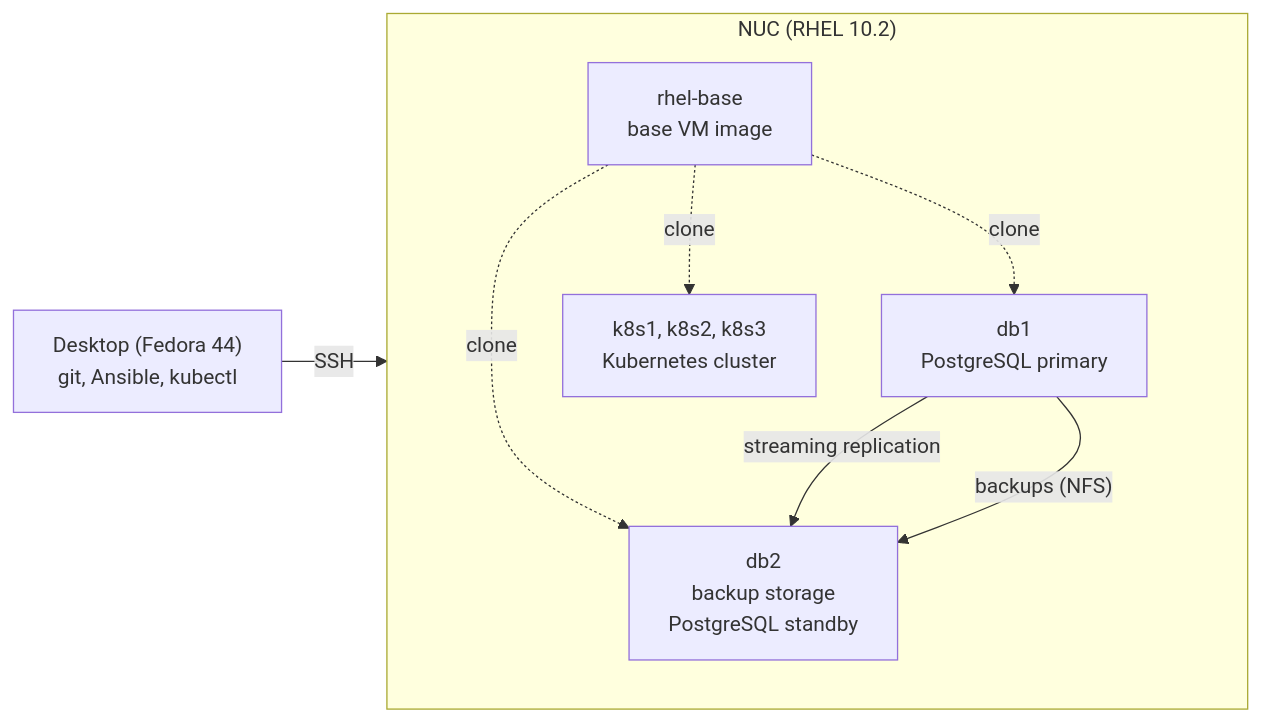
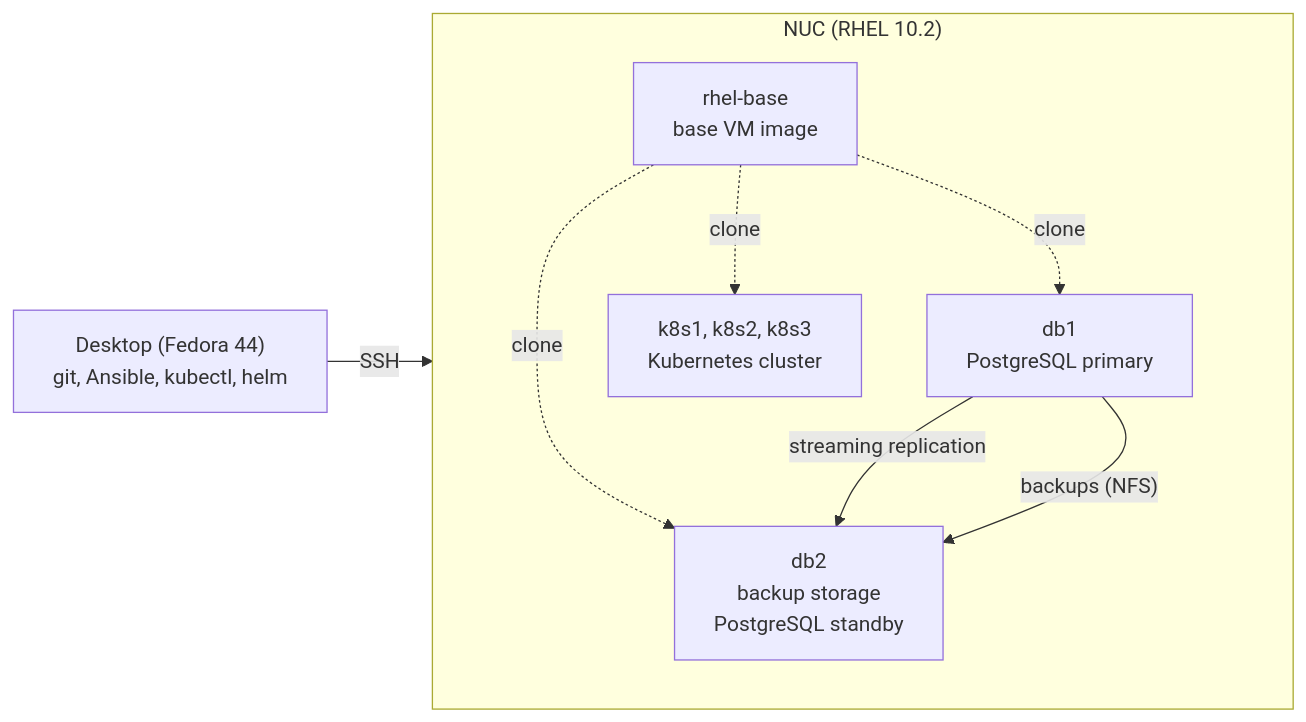
Before and after one commit to marin-orejas/rhel-data-platform: the diagram in README.md, drawn with Mermaid. The commit also changed other lines of this file and 1 other file, not shown here.

Commit message:
docs(roadmap): mark outside traffic done

````diff
--- a/README.md
+++ b/README.md
@@ -22,16 +22,16 @@
 ```mermaid
 flowchart LR
-    desk["Desktop (Fedora 44)<br/>git, Ansible, kubectl"]
+    desk["Desktop (Fedora 44)<br/>git, Ansible, kubectl, helm"]
     subgraph nuc["NUC (RHEL 10.2)"]
         base["rhel-base<br/>base VM image"]
         db1["db1<br/>PostgreSQL primary"]
         db2["db2<br/>backup storage<br/>PostgreSQL standby"]
         k8s["k8s1, k8s2, k8s3<br/>Kubernetes cluster"]
         base -. clone .-> db1
         base -. clone .-> db2
         base -. clone .-> k8s
         db1 -- "streaming replication" --> db2
         db1 -- "backups (NFS)" --> db2
     end
     desk -- SSH --> nuc
 ```
````
